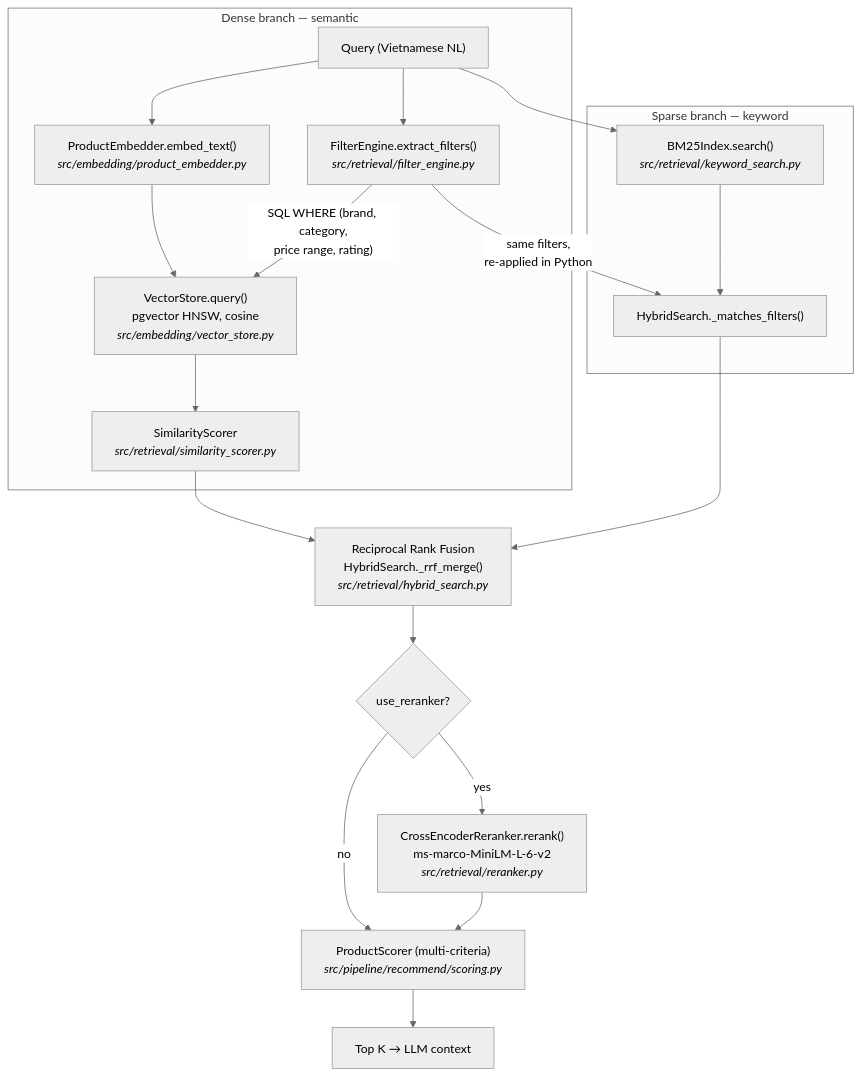
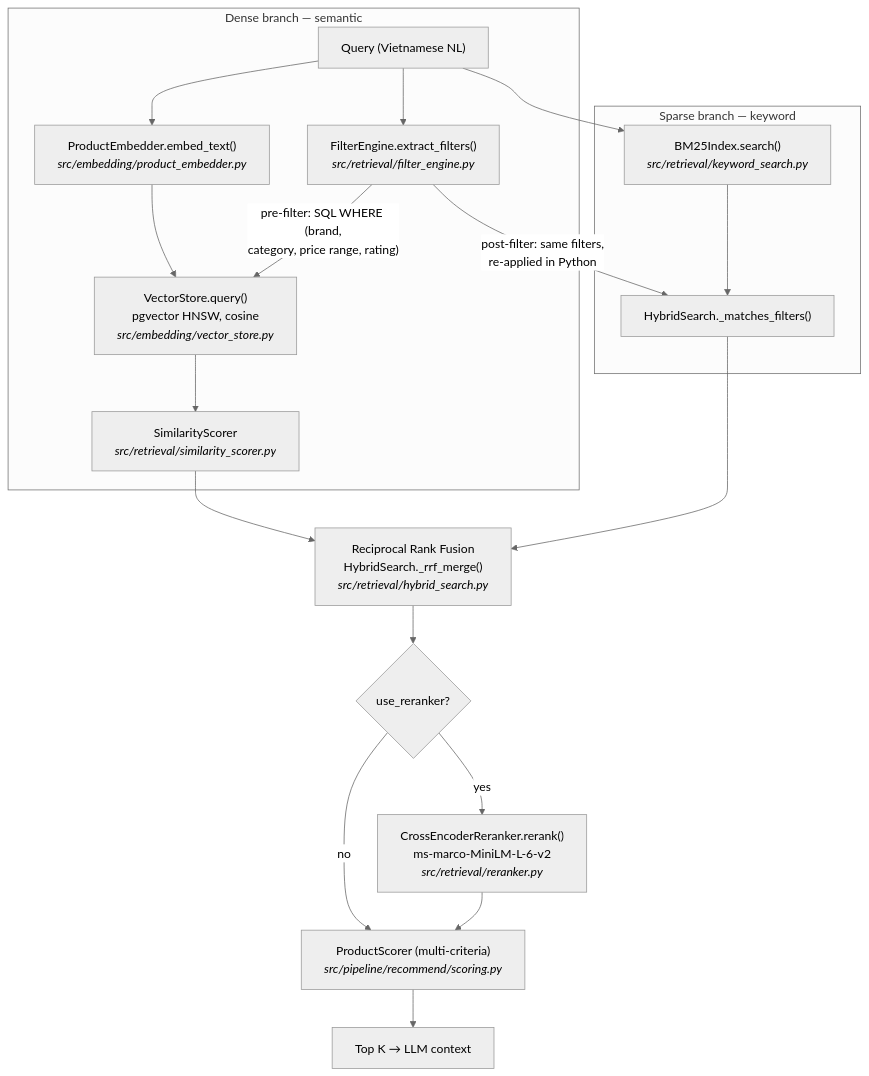
The diagram in docs/architecture/hybrid-retrieval.md (nxhawk/techscout-rag-recommend), drawn with Mermaid (neutral theme) before and after one commit. The commit also changed other lines of this file and 1 other file, not shown here.

First line of the commit message:
docs: clarify filtering strategies in hybrid retrieval documentation

````diff
--- a/docs/architecture/hybrid-retrieval.md
+++ b/docs/architecture/hybrid-retrieval.md
@@ -11,26 +11,26 @@
 ```mermaid
 flowchart TB
     Q["Query (Vietnamese NL)"] --> FE["FilterEngine.extract_filters()<br/><i>src/retrieval/filter_engine.py</i>"]
 
     subgraph Dense["Dense branch — semantic"]
         Q --> EMB["ProductEmbedder.embed_text()<br/><i>src/embedding/product_embedder.py</i>"]
         EMB --> VS["VectorStore.query()<br/>pgvector HNSW, cosine<br/><i>src/embedding/vector_store.py</i>"]
-        FE -->|"SQL WHERE (brand, category,<br/>price range, rating)"| VS
+        FE -->|"pre-filter: SQL WHERE (brand,<br/>category, price range, rating)"| VS
         VS --> SS["SimilarityScorer<br/><i>src/retrieval/similarity_scorer.py</i>"]
     end
 
     subgraph Sparse["Sparse branch — keyword"]
         Q --> BM25["BM25Index.search()<br/><i>src/retrieval/keyword_search.py</i>"]
-        FE -->|"same filters,<br/>re-applied in Python"| PF["HybridSearch._matches_filters()"]
+        FE -->|"post-filter: same filters,<br/>re-applied in Python"| PF["HybridSearch._matches_filters()"]
         BM25 --> PF
     end
 
     SS --> RRF["Reciprocal Rank Fusion<br/>HybridSearch._rrf_merge()<br/><i>src/retrieval/hybrid_search.py</i>"]
     PF --> RRF
 
     RRF --> RER{"use_reranker?"}
     RER -->|yes| CE["CrossEncoderReranker.rerank()<br/>ms-marco-MiniLM-L-6-v2<br/><i>src/retrieval/reranker.py</i>"]
     RER -->|no| PS
     CE --> PS["ProductScorer (multi-criteria)<br/><i>src/pipeline/recommend/scoring.py</i>"]
     PS --> TOP["Top K → LLM context"]
 ```
````
